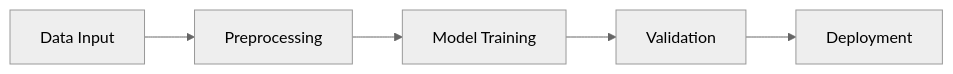
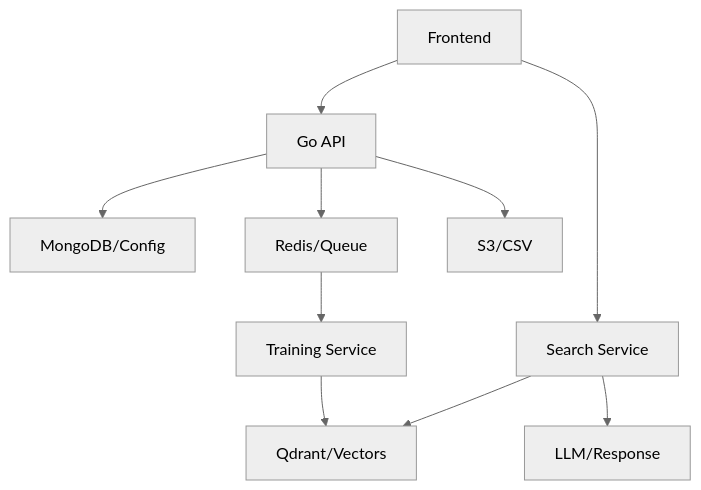
The diagram in README.md (umerfarok/ai-search-pipelines), drawn with Mermaid (neutral theme) before and after one commit. The commit also changed other lines of this file and 13 other files, not shown here.

````diff
--- a/README.md
+++ b/README.md
@@ -133,7 +82,12 @@
 ```mermaid
-graph LR
-    A[Data Input] --> B[Preprocessing]
-    B --> C[Model Training]
-    C --> D[Validation]
-    D --> E[Deployment]
+graph TD
+    A[Frontend] --> B[Go API]
+    B --> C[MongoDB/Config]
+    B --> D[Redis/Queue]
+    B --> E[S3/CSV]
+    D --> F[Training Service]
+    F --> G[Qdrant/Vectors]
+    A --> H[Search Service]
+    H --> G
+    H --> I[LLM/Response]
 ```
````
